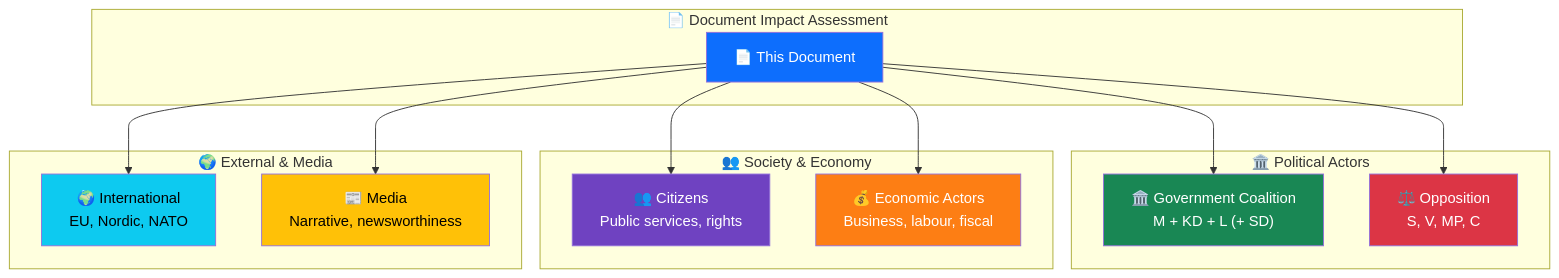
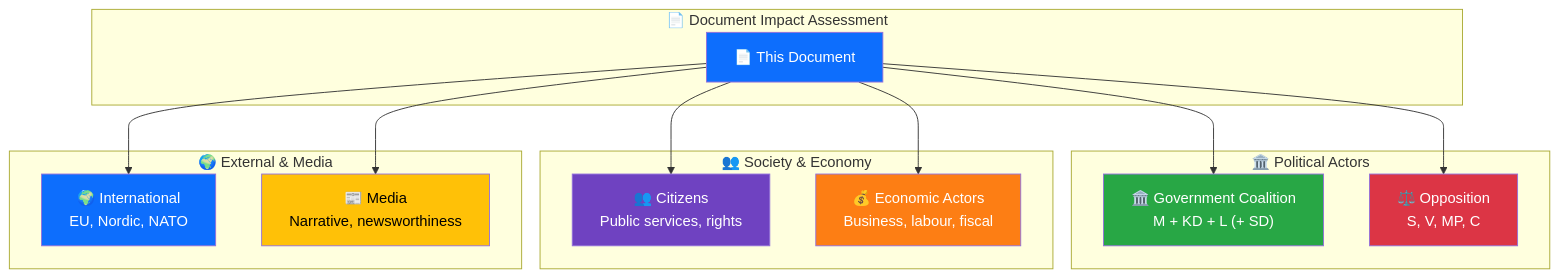
One commit to Hack23/riksdagsmonitor changed the fifth of 5 diagrams in analysis/templates/per-file-political-intelligence.md. Above: the diagram before and after it, drawn with Mermaid. The commit also changed 7 other files, not shown here.

````diff
--- a/analysis/templates/per-file-political-intelligence.md
+++ b/analysis/templates/per-file-political-intelligence.md
@@ -230,36 +230,36 @@
 ```mermaid
 graph TD
     subgraph "📄 Document Impact Assessment"
         DOC["📄 This Document"]
     end
     
     subgraph "🏛️ Political Actors"
         GOV["🏛️ Government Coalition<br/>M + KD + L (+ SD)"]
         OPP["⚖️ Opposition<br/>S, V, MP, C"]
     end
     
     subgraph "👥 Society & Economy"
         CIT["👥 Citizens<br/>Public services, rights"]
         ECO["💰 Economic Actors<br/>Business, labour, fiscal"]
     end
     
     subgraph "🌍 External & Media"
         INT["🌍 International<br/>EU, Nordic, NATO"]
         MED["📰 Media<br/>Narrative, newsworthiness"]
     end
     
     DOC --> GOV
     DOC --> OPP
     DOC --> CIT
     DOC --> ECO
     DOC --> INT
     DOC --> MED
     
     style DOC fill:#0d6efd,color:#fff
-    style GOV fill:#198754,color:#fff
+    style GOV fill:#28a745,color:#fff
     style OPP fill:#dc3545,color:#fff
     style CIT fill:#6f42c1,color:#fff
     style ECO fill:#fd7e14,color:#fff
-    style INT fill:#0dcaf0,color:#000
+    style INT fill:#0d6efd,color:#fff
     style MED fill:#ffc107,color:#000
 ```
````
